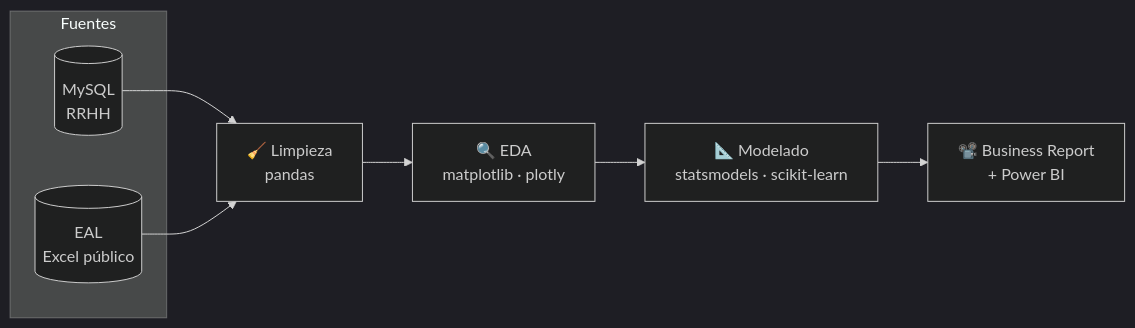
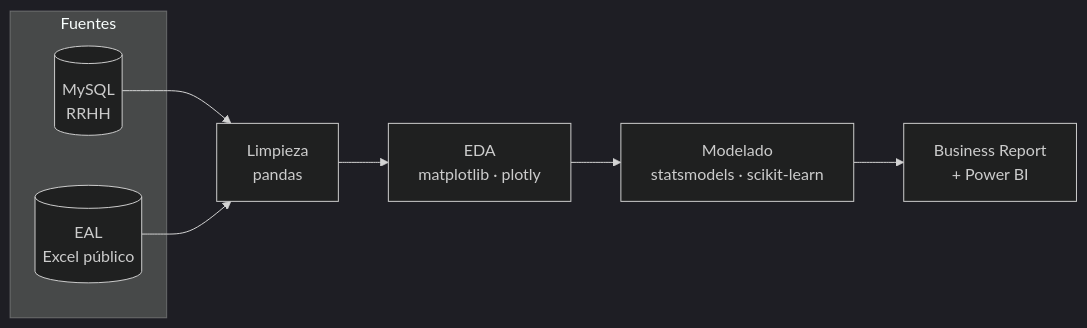
One commit to ITACADEMYprojectes/ProjecteData changed the third of 3 diagrams in Equip_33/README.md. Above: the diagram before and after it, drawn with Mermaid (dark theme). The commit also changed other lines of this file, not shown here.

````diff
--- a/Equip_33/README.md
+++ b/Equip_33/README.md
@@ -145,12 +133,12 @@
 ```mermaid
 flowchart LR
     subgraph Fuentes
         A1[(MySQL<br/>RRHH)]
         A2[(EAL<br/>Excel público)]
     end
-    A1 --> B[🧹 Limpieza<br/>pandas]
+    A1 --> B[Limpieza<br/>pandas]
     A2 --> B
-    B --> C[🔍 EDA<br/>matplotlib · plotly]
-    C --> D[📐 Modelado<br/>statsmodels · scikit-learn]
-    D --> E[📽️ Business Report<br/>+ Power BI]
+    B --> C[EDA<br/>matplotlib · plotly]
+    C --> D[Modelado<br/>statsmodels · scikit-learn]
+    D --> E[Business Report<br/>+ Power BI]
 ```
````
